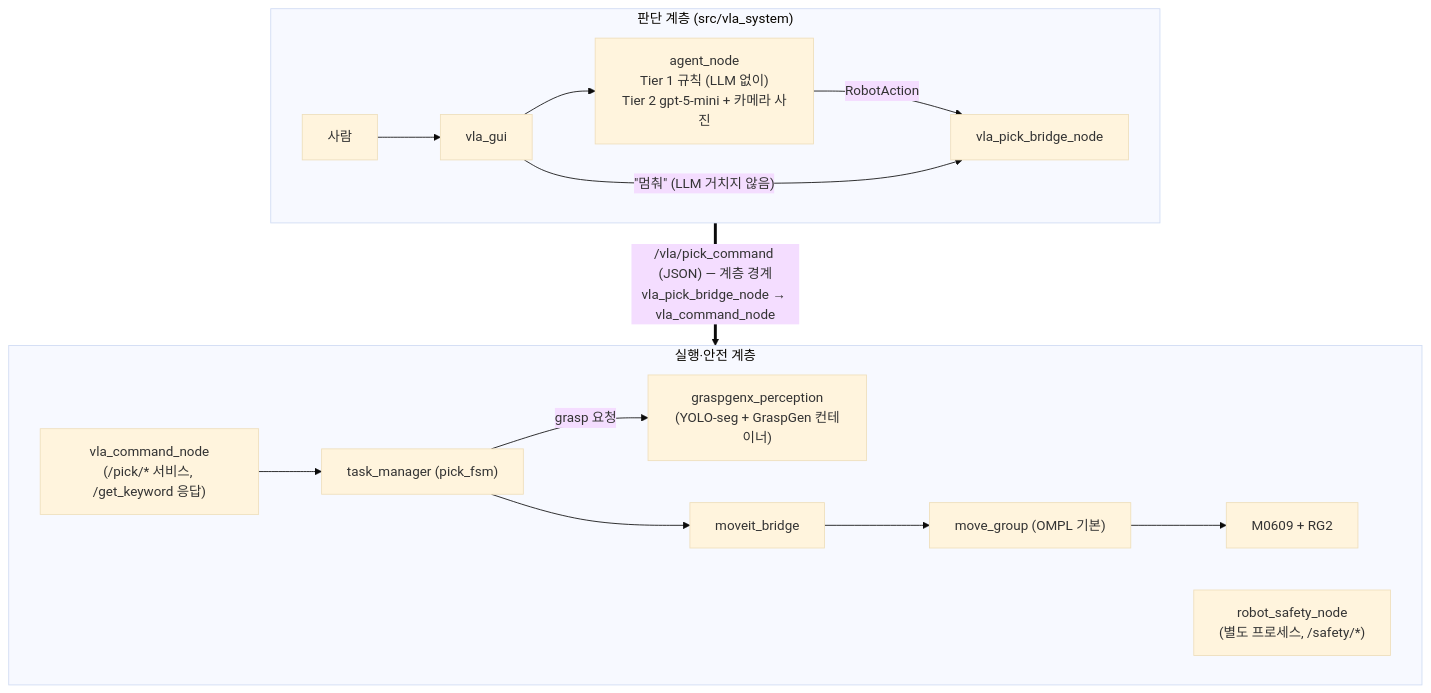
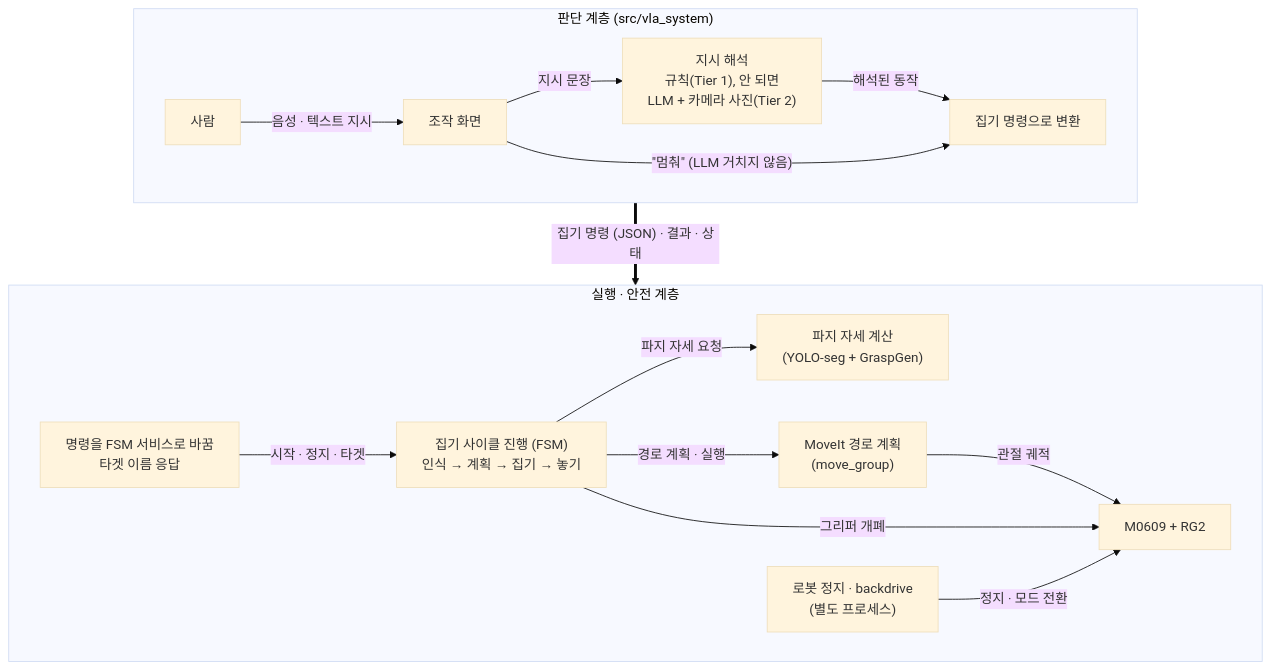
One commit to gwanhuiGIM/Rokey_cobot2 changed the first of 3 diagrams in README.md. Above: the diagram before and after it, drawn with Mermaid (base theme). The commit also changed other lines of this file, not shown here.

````diff
--- a/README.md
+++ b/README.md
@@ -15,17 +17,18 @@
 ```mermaid
 flowchart TB
     subgraph JUDGE["판단 계층 (src/vla_system)"]
         direction LR
-        P["사람"] --> GUI["vla_gui"] --> AG["agent_node<br/>Tier 1 규칙 (LLM 없이)<br/>Tier 2 gpt-5-mini + 카메라 사진"]
-        AG -->|"RobotAction"| BR["vla_pick_bridge_node"]
+        P["사람"] -->|"음성 · 텍스트 지시"| GUI["조작 화면"] -->|"지시 문장"| AG["지시 해석<br/>규칙(Tier 1), 안 되면<br/>LLM + 카메라 사진(Tier 2)"]
+        AG -->|"해석된 동작"| BR["집기 명령으로 변환"]
         GUI -->|"&quot;멈춰&quot; (LLM 거치지 않음)"| BR
     end
-    JUDGE ==>|"/vla/pick_command (JSON) — 계층 경계<br/>vla_pick_bridge_node → vla_command_node"| EXEC
-    subgraph EXEC["실행·안전 계층"]
+    JUDGE ==>|"집기 명령 (JSON) · 결과 · 상태"| EXEC
+    subgraph EXEC["실행 · 안전 계층"]
         direction LR
-        CMD["vla_command_node<br/>(/pick/* 서비스, /get_keyword 응답)"] --> TM["task_manager (pick_fsm)"]
-        TM -->|"grasp 요청"| GG["graspgenx_perception<br/>(YOLO-seg + GraspGen 컨테이너)"]
-        TM --> MB["moveit_bridge"] --> MG["move_group (OMPL 기본)"] --> ROBOT["M0609 + RG2"]
-        SAFE["robot_safety_node<br/>(별도 프로세스, /safety/*)"]
+        CMD["명령을 FSM 서비스로 바꿈<br/>타겟 이름 응답"] -->|"시작 · 정지 · 타겟"| TM["집기 사이클 진행 (FSM)<br/>인식 → 계획 → 집기 → 놓기"]
+        TM -->|"파지 자세 요청"| GG["파지 자세 계산<br/>(YOLO-seg + GraspGen)"]
+        TM -->|"경로 계획 · 실행"| MG["MoveIt 경로 계획<br/>(move_group)"] -->|"관절 궤적"| ROBOT["M0609 + RG2"]
+        TM -->|"그리퍼 개폐"| ROBOT
+        SAFE["로봇 정지 · backdrive<br/>(별도 프로세스)"] -->|"정지 · 모드 전환"| ROBOT
     end
 ```
````
